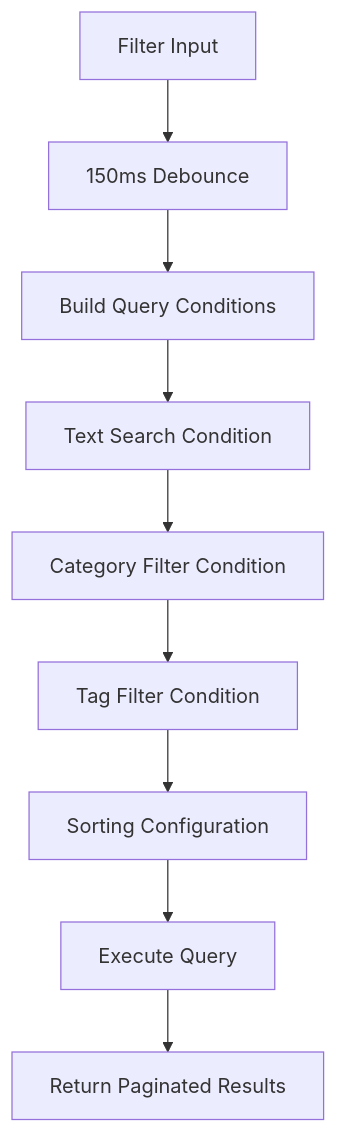
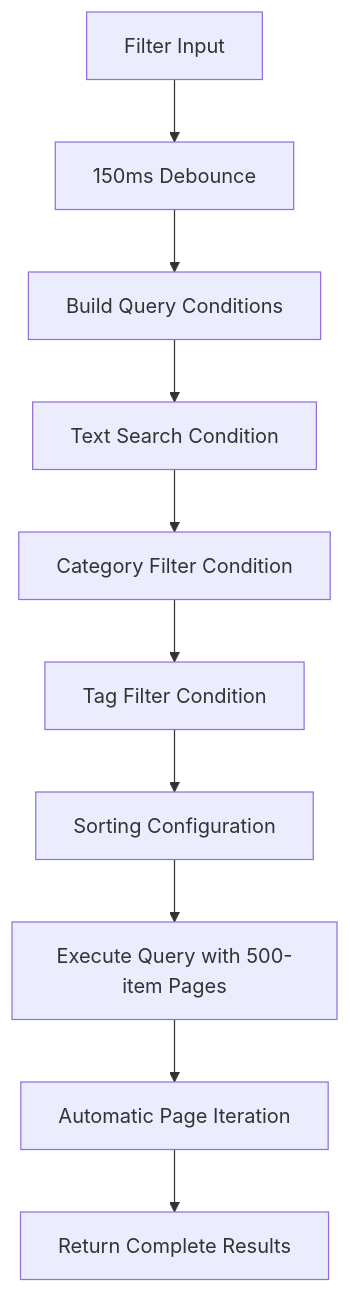
Before and after one commit to satyrlord/mixjam-electron: the ninth of 10 diagrams in .qoder/repowiki/en/content/Sample Browser.md, drawn with Mermaid. The commit also changed other lines of this file and 8 other files, not shown here.

````diff
--- a/.qoder/repowiki/en/content/Sample Browser.md
+++ b/.qoder/repowiki/en/content/Sample Browser.md
@@ -357,11 +368,12 @@
 ```mermaid
 flowchart TD
 Input["Filter Input"] --> Debounce["150ms Debounce"]
 Debounce --> Build["Build Query Conditions"]
 Build --> Text["Text Search Condition"]
 Text --> Category["Category Filter Condition"]
 Category --> Tags["Tag Filter Condition"]
 Tags --> Sort["Sorting Configuration"]
-Sort --> Execute["Execute Query"]
-Execute --> Results["Return Paginated Results"]
+Sort --> Execute["Execute Query with 500-item Pages"]
+Execute --> Iterate["Automatic Page Iteration"]
+Iterate --> Results["Return Complete Results"]
 ```
````
